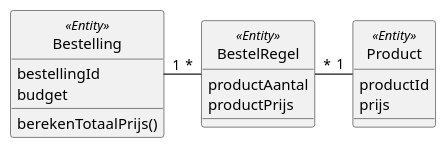
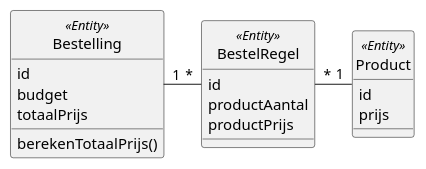
The diagram in oefeningen/les3/voorbereiding/onderdeel3/klassendiagram.puml (AIM-ENE/doex-opdracht-2), drawn with PlantUML before and after one commit. The commit also changed 10 other files, not shown here.

```diff
--- a/oefeningen/les3/voorbereiding/onderdeel3/klassendiagram.puml
+++ b/oefeningen/les3/voorbereiding/onderdeel3/klassendiagram.puml
@@ -1,23 +1,25 @@
 @startuml
 hide circle
 
 class Bestelling <<Entity>> {
-    bestellingId
+    id
     budget
+    totaalPrijs
     berekenTotaalPrijs()
 }
 
 class BestelRegel <<Entity>> {
+    id
     productAantal
     productPrijs
 }
 
 class Product <<Entity>> {
-    productId
+    id
     prijs
 }
 
 Bestelling "1" -r- "*" BestelRegel
 BestelRegel "*" -r- "1" Product
 
 @enduml
```
